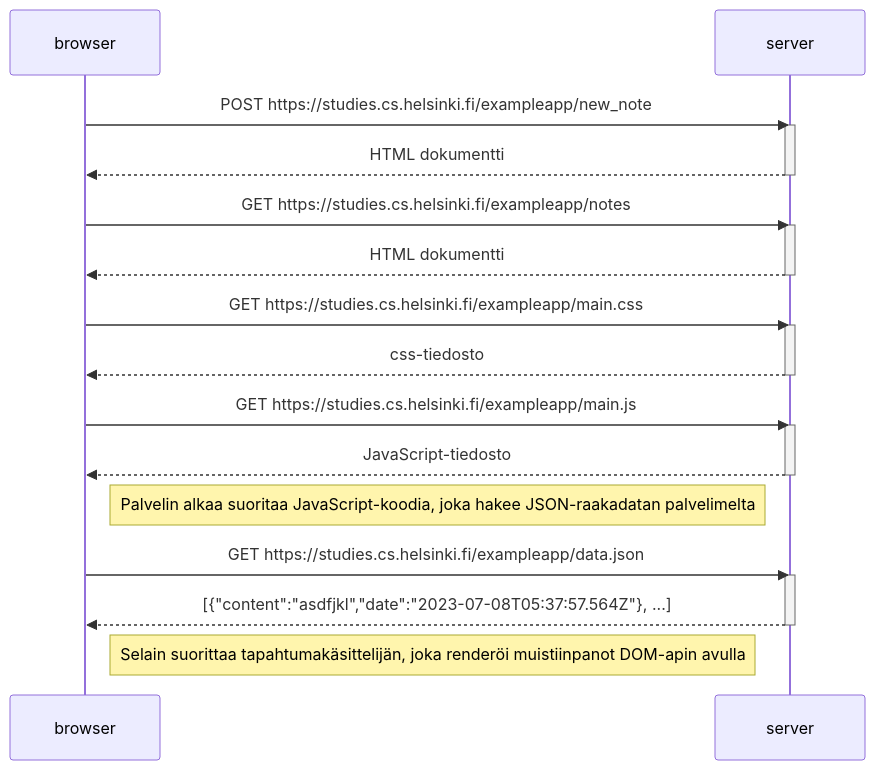
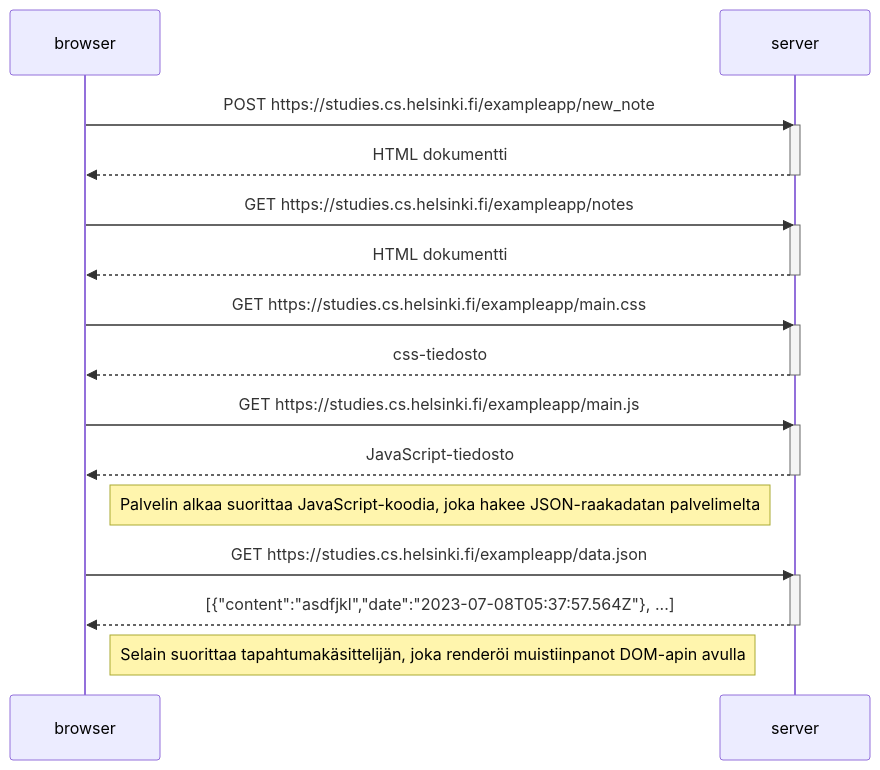
One commit to z0nsk1/FullStackOpen23 changed the diagram in osa0/0.4_sekvenssikaavio.md. Above: the diagram before and after it, drawn with Mermaid.

````diff
--- a/osa0/0.4_sekvenssikaavio.md
+++ b/osa0/0.4_sekvenssikaavio.md
@@ -1,35 +1,35 @@
 ```mermaid
 sequenceDiagram
   participant browser
   participant server
 
   browser->>server: POST https://studies.cs.helsinki.fi/exampleapp/new_note
   activate server
   server-->>browser: HTML dokumentti
   deactivate server
 
   browser->>server: GET https://studies.cs.helsinki.fi/exampleapp/notes
   activate server
   server-->>browser: HTML dokumentti
   deactivate server
     
   browser->>server: GET https://studies.cs.helsinki.fi/exampleapp/main.css
   activate server
   server-->>browser: css-tiedosto
   deactivate server
     
   browser->>server: GET https://studies.cs.helsinki.fi/exampleapp/main.js
   activate server
   server-->>browser: JavaScript-tiedosto
   deactivate server
 
-  Note right of browser: Palvelin alkaa suoritaa JavaScript-koodia, joka hakee JSON-raakadatan palvelimelta
+  Note right of browser: Palvelin alkaa suorittaa JavaScript-koodia, joka hakee JSON-raakadatan palvelimelta
     
   browser->>server: GET https://studies.cs.helsinki.fi/exampleapp/data.json
   activate server
   server-->>browser: [{"content":"asdfjkl","date":"2023-07-08T05:37:57.564Z"}, ...]
   deactivate server    
 
   Note right of browser: Selain suorittaa tapahtumakäsittelijän, joka renderöi muistiinpanot DOM-apin avulla
 
 ```
````
